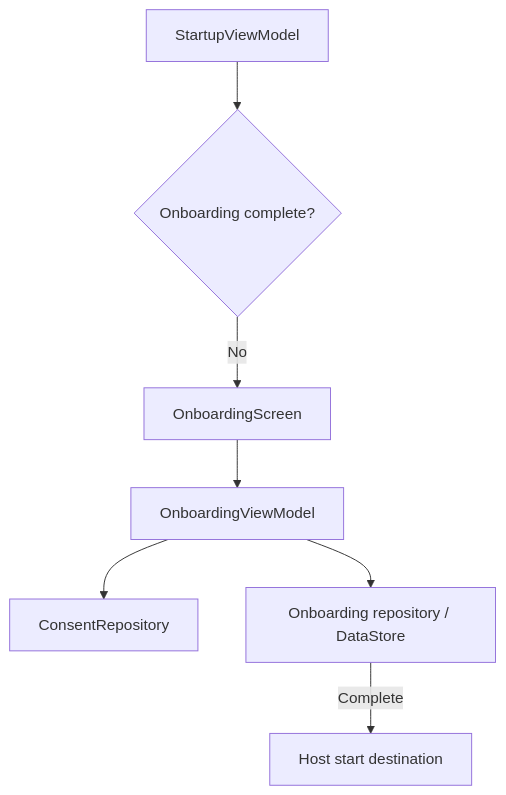
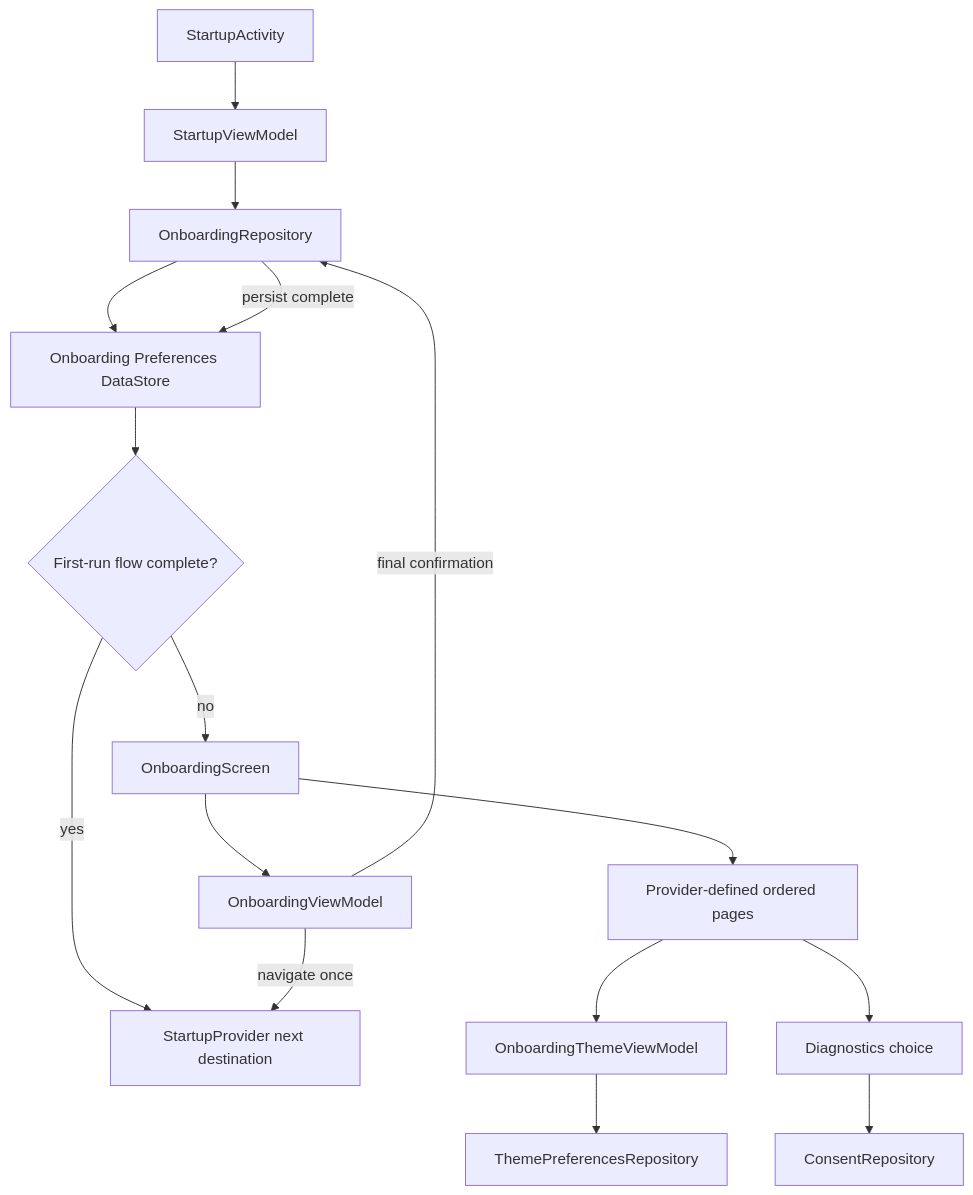
One commit to MihaiCristianCondrea/App-Toolkit-for-Android changed the diagram in library/feature/onboarding/README.md. Above: the diagram before and after it, drawn with Mermaid. The commit also changed other lines of this file and 57 other files, not shown here.

````diff
--- a/library/feature/onboarding/README.md
+++ b/library/feature/onboarding/README.md
@@ -38,9 +38,18 @@
 ```mermaid
 flowchart TD
-    Startup[StartupViewModel] --> Completed{Onboarding complete?}
-    Completed -->|No| Screen[OnboardingScreen]
+    Launch[StartupActivity] --> Startup[StartupViewModel]
+    Startup --> Completion[OnboardingRepository]
+    Completion --> Store[Onboarding Preferences DataStore]
+    Store --> Completed{First-run flow complete?}
+    Completed -->|no| Screen[OnboardingScreen]
+    Completed -->|yes| Provider[StartupProvider next destination]
+    Screen --> Pages[Provider-defined ordered pages]
+    Pages --> Theme[OnboardingThemeViewModel]
+    Theme --> ThemeRepo[ThemePreferencesRepository]
+    Pages --> Diagnostics[Diagnostics choice]
+    Diagnostics --> Consent[ConsentRepository]
     Screen --> VM[OnboardingViewModel]
-    VM --> Consent[ConsentRepository]
-    VM --> Store[Onboarding repository / DataStore]
-    Store -->|Complete| Host[Host start destination]
+    VM -->|final confirmation| Completion
+    Completion -->|persist complete| Store
+    VM -->|navigate once| Provider
 ```
````
